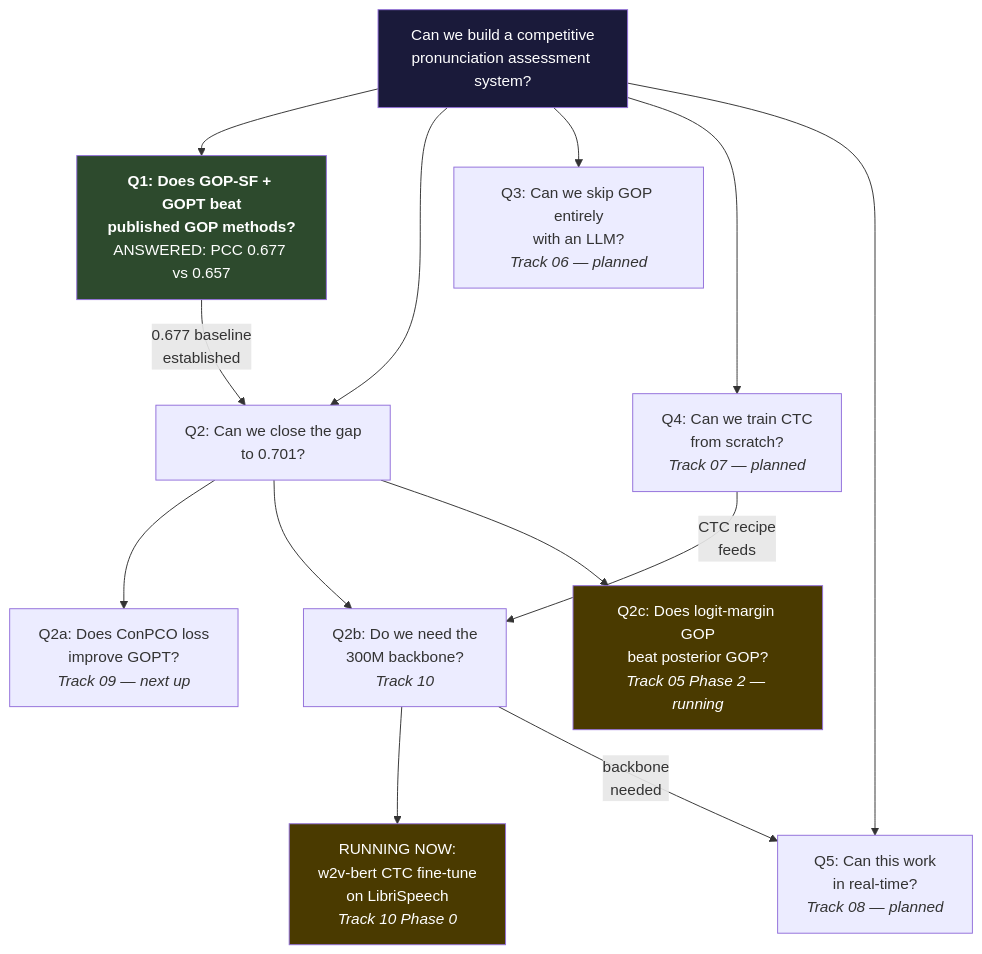
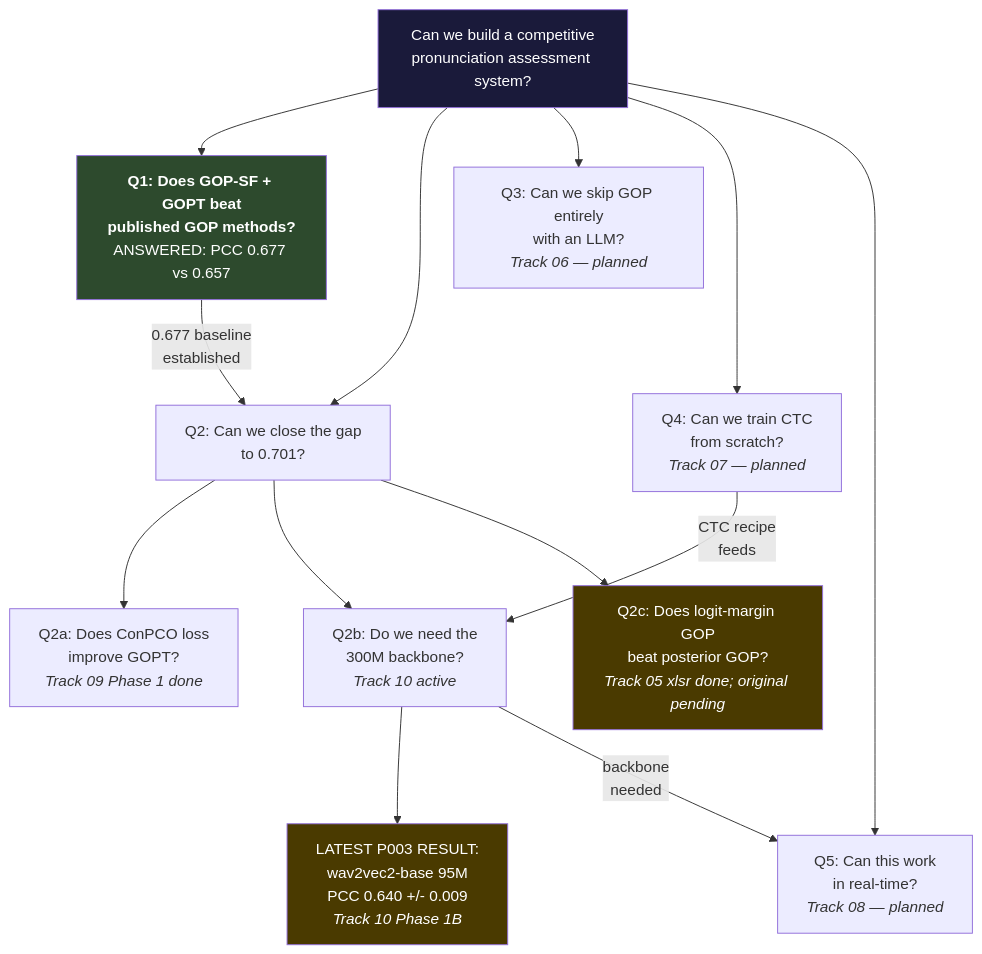
The diagram in docs/research/META_PLAN.md (chikingsley/peacock-asr), drawn with Mermaid before and after one commit. The commit also changed other lines of this file and 10 other files, not shown here.

````diff
--- a/docs/research/META_PLAN.md
+++ b/docs/research/META_PLAN.md
@@ -17,36 +17,36 @@
 ```mermaid
 graph TD
     ROOT["Can we build a competitive<br/>pronunciation assessment system?"]
 
     Q1["<b>Q1: Does GOP-SF + GOPT beat<br/>published GOP methods?</b><br/>ANSWERED: PCC 0.677 vs 0.657"]
     Q2["Q2: Can we close the gap<br/>to 0.701?"]
     Q3["Q3: Can we skip GOP entirely<br/>with an LLM?<br/><i>Track 06 — planned</i>"]
     Q4["Q4: Can we train CTC<br/>from scratch?<br/><i>Track 07 — planned</i>"]
     Q5["Q5: Can this work<br/>in real-time?<br/><i>Track 08 — planned</i>"]
 
-    Q2a["Q2a: Does ConPCO loss<br/>improve GOPT?<br/><i>Track 09 — next up</i>"]
-    Q2b["Q2b: Do we need the<br/>300M backbone?<br/><i>Track 10</i>"]
-    Q2c["Q2c: Does logit-margin GOP<br/>beat posterior GOP?<br/><i>Track 05 Phase 2 — running</i>"]
+    Q2a["Q2a: Does ConPCO loss<br/>improve GOPT?<br/><i>Track 09 Phase 1 done</i>"]
+    Q2b["Q2b: Do we need the<br/>300M backbone?<br/><i>Track 10 active</i>"]
+    Q2c["Q2c: Does logit-margin GOP<br/>beat posterior GOP?<br/><i>Track 05 xlsr done; original pending</i>"]
 
-    P0["RUNNING NOW:<br/>w2v-bert CTC fine-tune<br/>on LibriSpeech<br/><i>Track 10 Phase 0</i>"]
+    P0["LATEST P003 RESULT:<br/>wav2vec2-base 95M<br/>PCC 0.640 +/- 0.009<br/><i>Track 10 Phase 1B</i>"]
 
     ROOT --> Q1
     ROOT --> Q2
     ROOT --> Q3
     ROOT --> Q4
     ROOT --> Q5
 
     Q1 -->|"0.677 baseline<br/>established"| Q2
     Q2 --> Q2a
     Q2 --> Q2b
     Q2 --> Q2c
     Q2b --> P0
 
     Q4 -->|"CTC recipe<br/>feeds"| Q2b
     Q2b -->|"backbone<br/>needed"| Q5
 
     style Q1 fill:#2d4a2d,color:#fff
     style Q2c fill:#4a3a00,color:#fff
     style P0 fill:#4a3a00,color:#fff
     style ROOT fill:#1a1a3a,color:#fff
 ```
````
